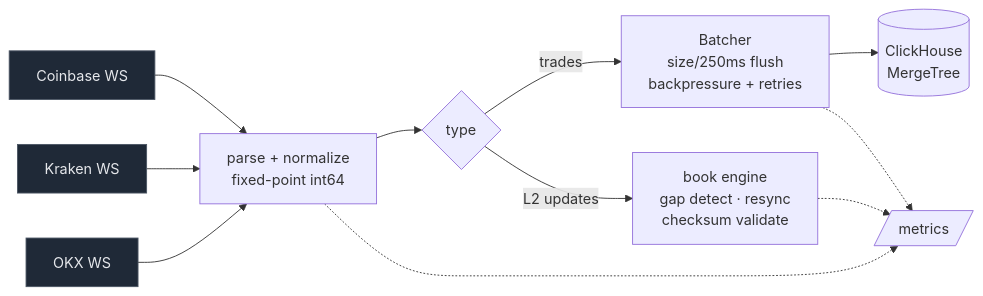
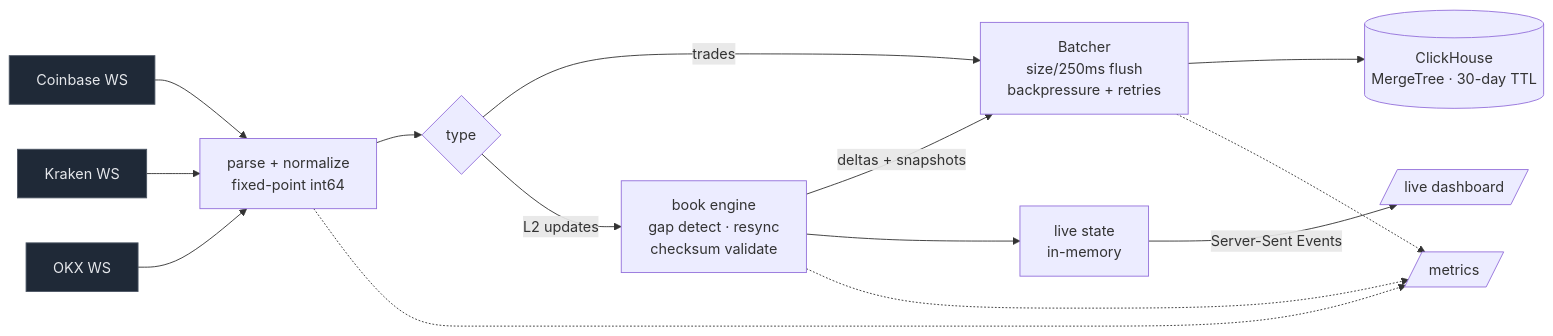
Before and after one commit to elkinal/tickstore: the diagram in README.md, drawn with Mermaid. The commit also changed other lines of this file and 2 other files, not shown here.

First line of the commit message:
Document the live dashboard and firehose in the README

````diff
--- a/README.md
+++ b/README.md
@@ -11,14 +15,17 @@
 ```mermaid
 flowchart LR
     CB[Coinbase WS]:::v --> P
     KR[Kraken WS]:::v --> P
     OK[OKX WS]:::v --> P
     P[parse + normalize<br/>fixed-point int64] --> T{type}
     T -->|trades| B[Batcher<br/>size/250ms flush<br/>backpressure + retries]
     T -->|L2 updates| E[book engine<br/>gap detect · resync<br/>checksum validate]
-    B --> CH[(ClickHouse<br/>MergeTree)]
+    E -->|deltas + snapshots| B
+    E --> L[live state<br/>in-memory]
+    B --> CH[(ClickHouse<br/>MergeTree · 30-day TTL)]
+    L -->|Server-Sent Events| D[/live dashboard/]
     P -.-> M[/metrics/]
     E -.-> M
     B -.-> M
     classDef v fill:#1f2937,stroke:#4b5563,color:#e5e7eb;
 ```
````
